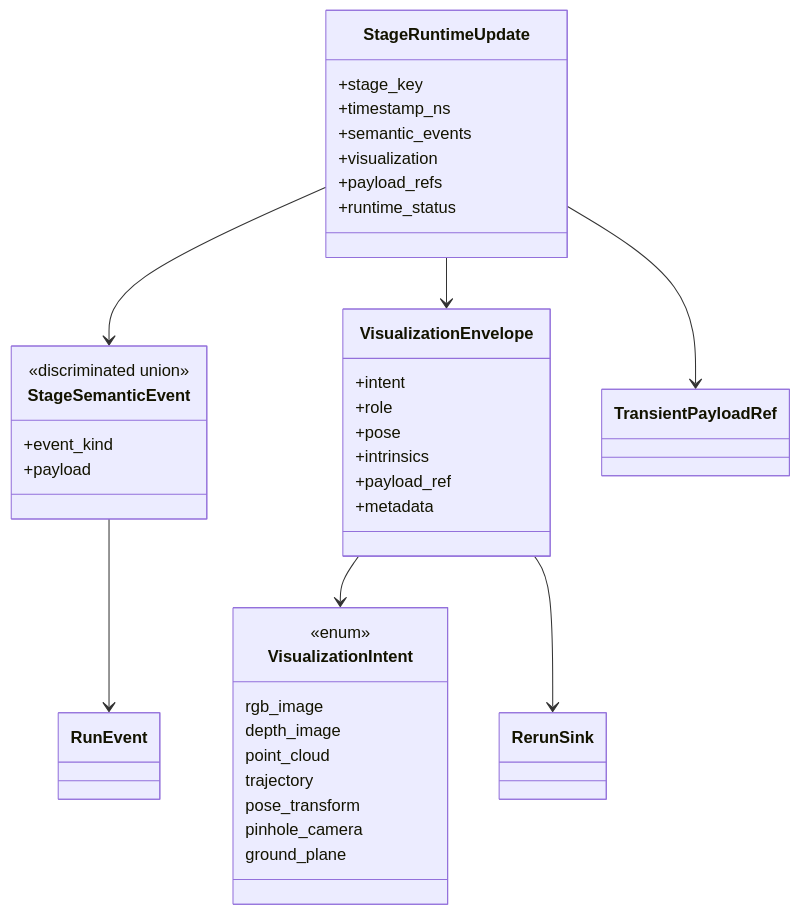
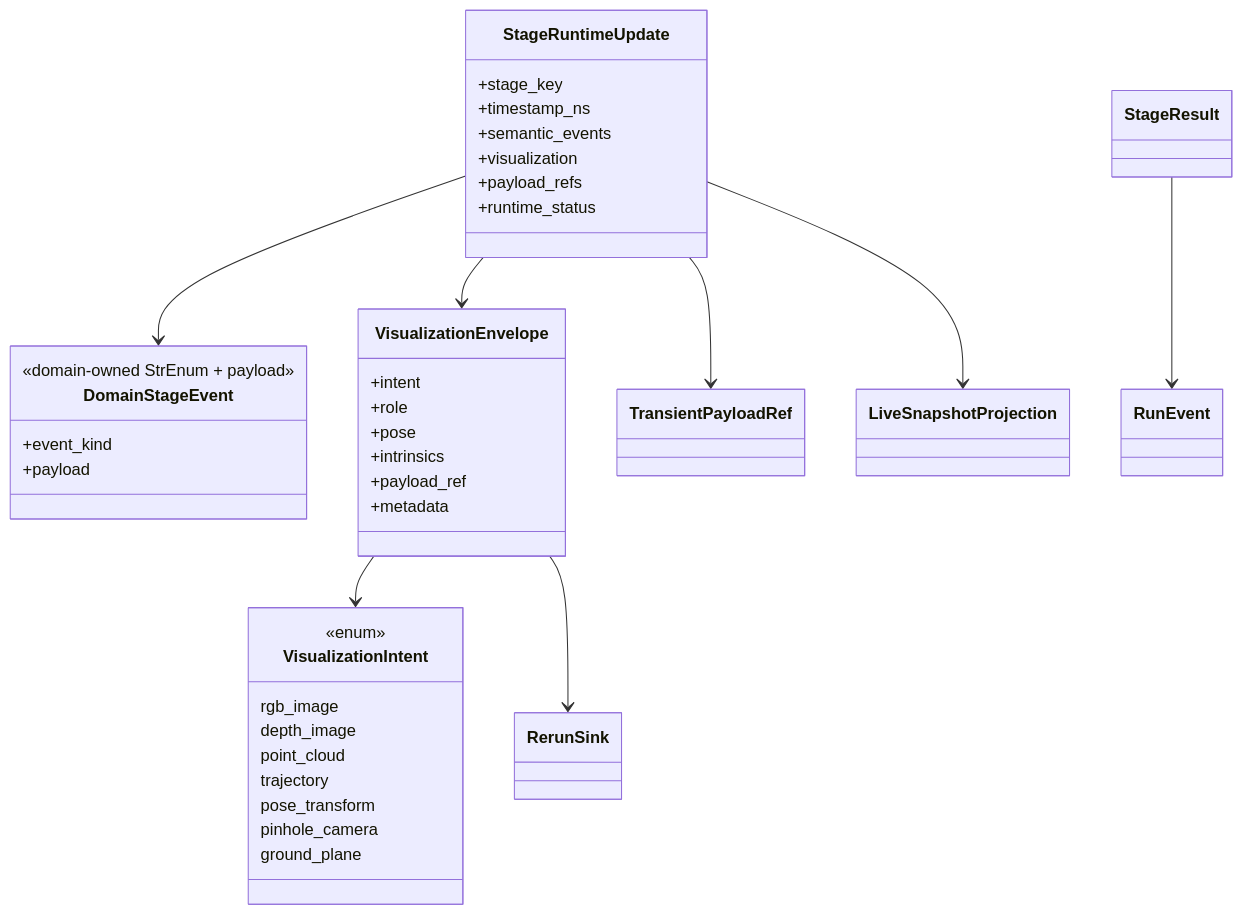
The ninth of 13 diagrams in docs/architecture/pipeline-stage-refactor-target.md (JanDuchscherer104/prml-vslam), drawn with Mermaid before and after one commit. The commit also changed other lines of this file and 1 other file, not shown here.

````diff
--- a/docs/architecture/pipeline-stage-refactor-target.md
+++ b/docs/architecture/pipeline-stage-refactor-target.md
@@ -863,47 +1006,50 @@
 ```mermaid
 classDiagram
     class StageRuntimeUpdate {
         +stage_key
         +timestamp_ns
         +semantic_events
         +visualization
         +payload_refs
         +runtime_status
     }
 
-    class StageSemanticEvent {
-        <<discriminated union>>
+    class DomainStageEvent {
+        <<domain-owned StrEnum + payload>>
         +event_kind
         +payload
     }
 
     class VisualizationEnvelope {
         +intent
         +role
         +pose
         +intrinsics
         +payload_ref
         +metadata
     }
 
     class VisualizationIntent {
         <<enum>>
         rgb_image
         depth_image
         point_cloud
         trajectory
         pose_transform
         pinhole_camera
         ground_plane
     }
 
+    class StageResult
     class RunEvent
+    class LiveSnapshotProjection
     class RerunSink
 
-    StageRuntimeUpdate --> StageSemanticEvent
+    StageRuntimeUpdate --> DomainStageEvent
     StageRuntimeUpdate --> VisualizationEnvelope
     StageRuntimeUpdate --> TransientPayloadRef
     VisualizationEnvelope --> VisualizationIntent
-    StageSemanticEvent --> RunEvent
+    StageRuntimeUpdate --> LiveSnapshotProjection
     VisualizationEnvelope --> RerunSink
+    StageResult --> RunEvent
 ```
````
